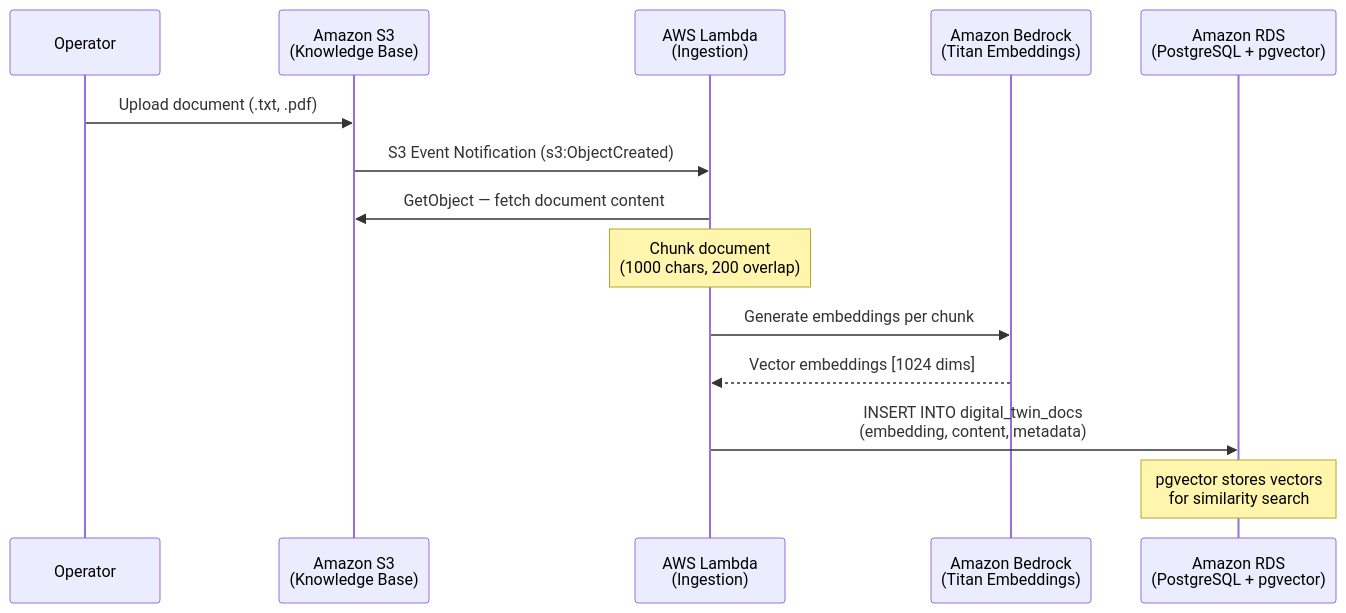
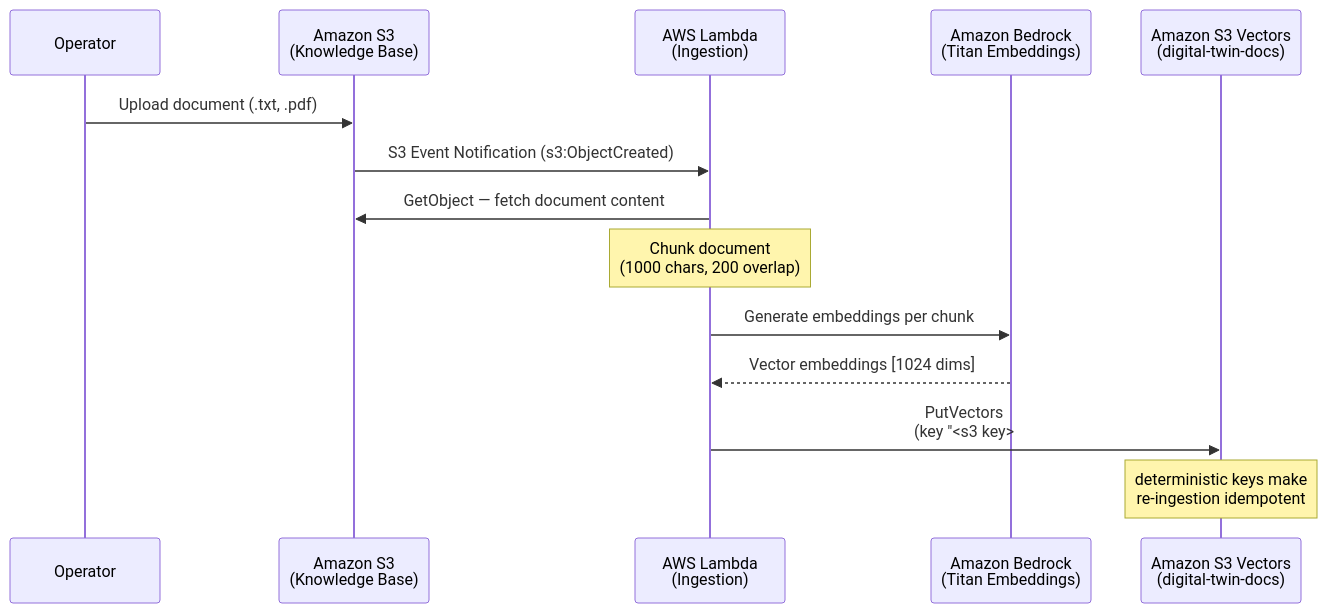
Before and after one commit to msalmansaeedch786/digital-twin: the first of 2 diagrams in README.md, drawn with Mermaid. The commit also changed other lines of this file and 9 other files, not shown here.

````diff
--- a/README.md
+++ b/README.md
@@ -73,17 +75,17 @@
 ```mermaid
 sequenceDiagram
     participant User as Operator
     participant S3 as Amazon S3<br/>(Knowledge Base)
     participant Lambda as AWS Lambda<br/>(Ingestion)
     participant Bedrock as Amazon Bedrock<br/>(Titan Embeddings)
-    participant RDS as Amazon RDS<br/>(PostgreSQL + pgvector)
+    participant SV as Amazon S3 Vectors<br/>(digital-twin-docs)
 
     User->>S3: Upload document (.txt, .pdf)
     S3->>Lambda: S3 Event Notification (s3:ObjectCreated)
     Lambda->>S3: GetObject — fetch document content
     Note over Lambda: Chunk document<br/>(1000 chars, 200 overlap)
     Lambda->>Bedrock: Generate embeddings per chunk
     Bedrock-->>Lambda: Vector embeddings [1024 dims]
-    Lambda->>RDS: INSERT INTO digital_twin_docs<br/>(embedding, content, metadata)
-    Note over RDS: pgvector stores vectors<br/>for similarity search
+    Lambda->>SV: PutVectors<br/>(key "<s3 key>#<chunk>", embedding, text)
+    Note over SV: deterministic keys make<br/>re-ingestion idempotent
 ```
````
